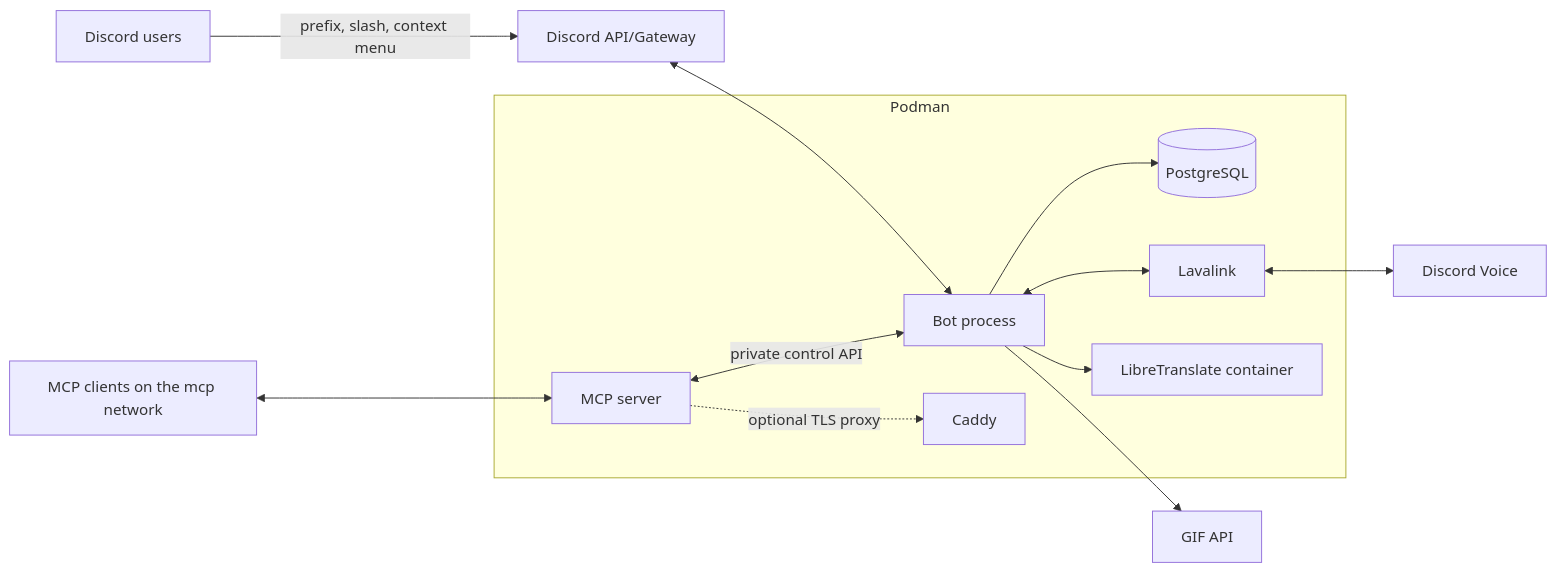
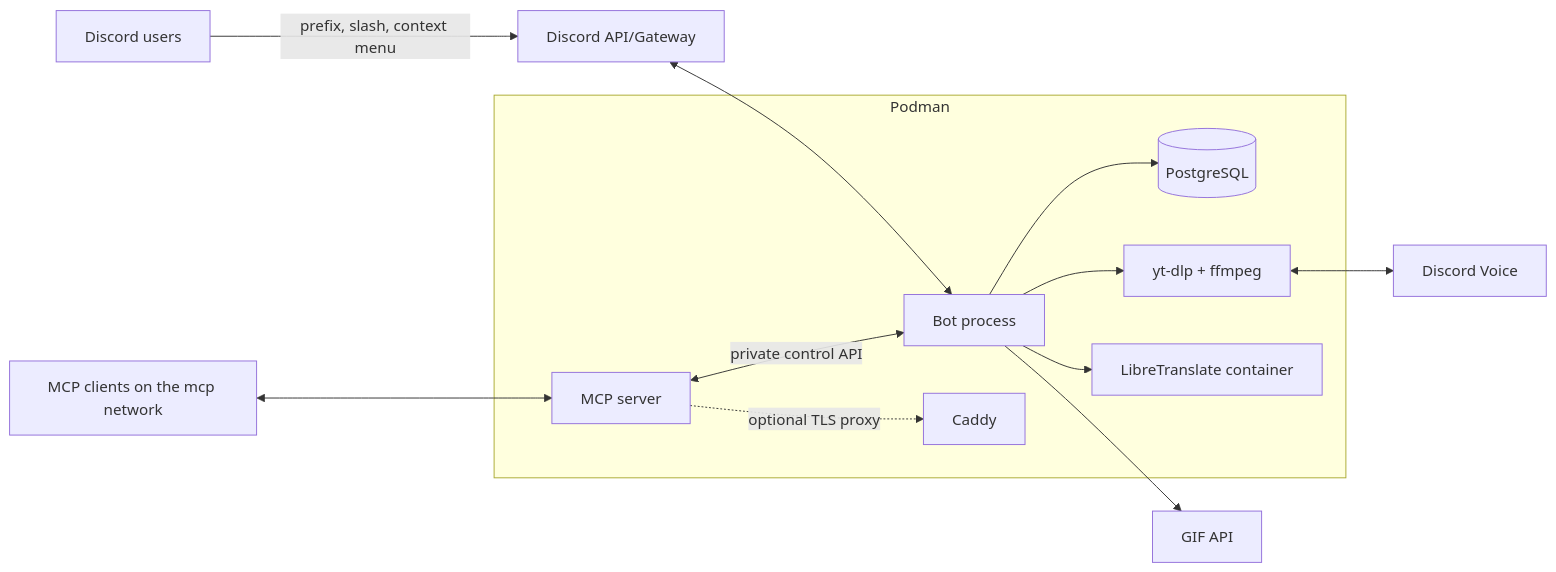
Before and after one commit to DeathSurfing/siela-bot: the first of 2 diagrams in docs/PLAN.md, drawn with Mermaid. The commit also changed other lines of this file and 20 other files, not shown here.

Commit message:
Replace Lavalink with yt-dlp + ffmpeg playback

````diff
--- a/docs/PLAN.md
+++ b/docs/PLAN.md
@@ -189,21 +189,21 @@
 ```mermaid
 flowchart LR
   U[Discord users] -->|prefix, slash, context menu| D[Discord API/Gateway]
   D <--> B[Bot process]
   B --> DB[(PostgreSQL)]
-  B <--> L[Lavalink]
+  B --> L[yt-dlp + ffmpeg]
   L <--> V[Discord Voice]
   B --> T[LibreTranslate container]
   B --> G[GIF API]
   M[MCP clients on the mcp network] <--> MCP[MCP server]
   MCP <-->|private control API| B
   MCP -.->|optional TLS proxy| C[Caddy]
   subgraph Podman
     B
     DB
     L
     T
     MCP
     C
   end
 ```
````
